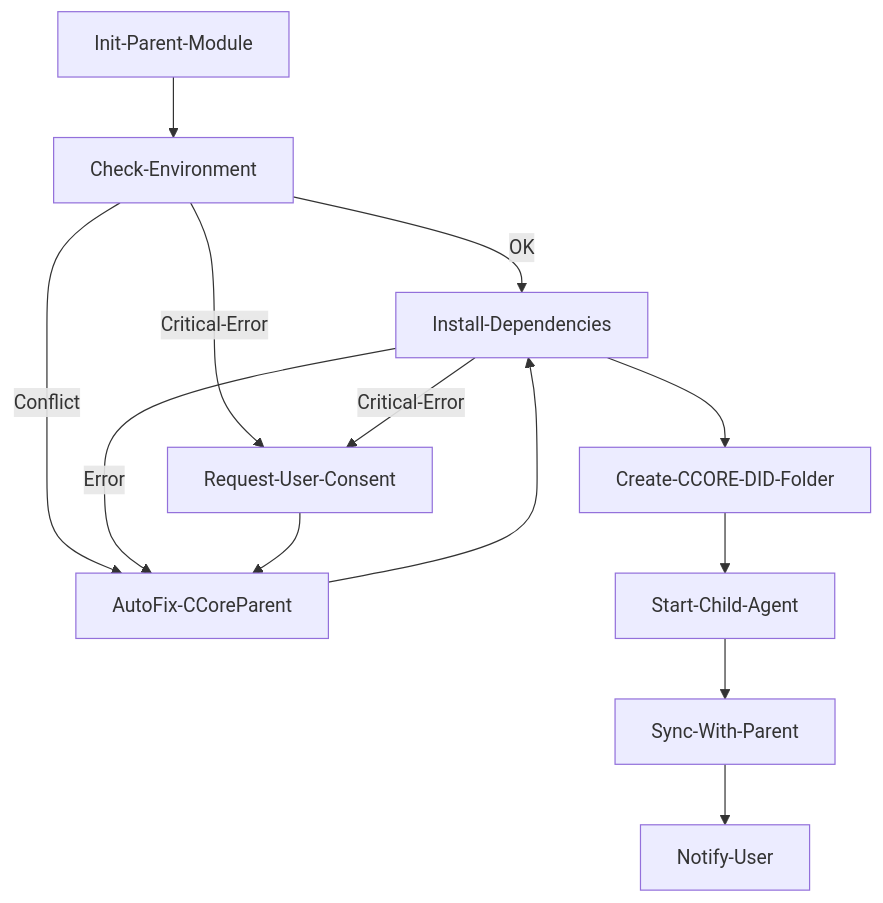
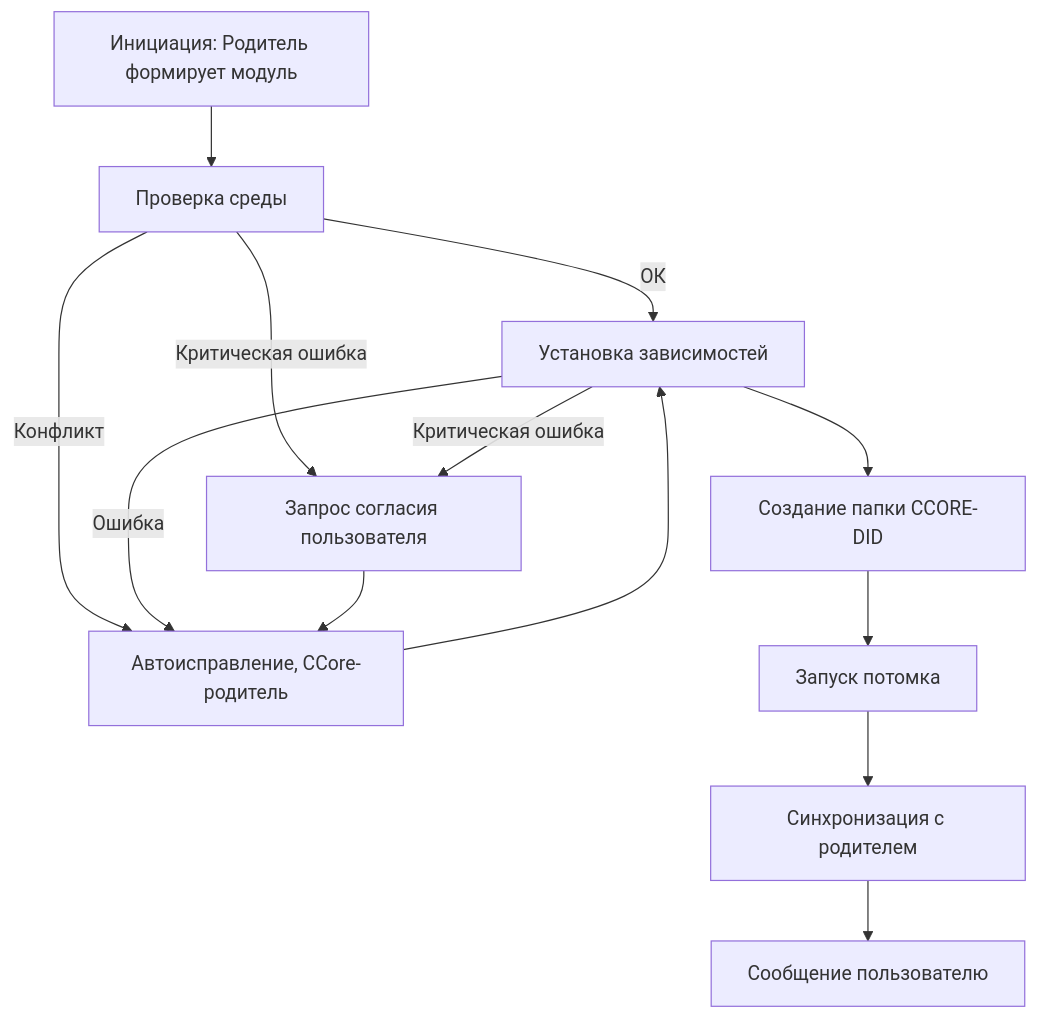
Before and after one commit to kagvi13/HMP: the diagram in docs/CCORE-Deployment-Flow.md, drawn with Mermaid. The commit also changed other lines of this file, not shown here.

````diff
--- a/docs/CCORE-Deployment-Flow.md
+++ b/docs/CCORE-Deployment-Flow.md
@@ -40,15 +40,15 @@
 ```mermaid
 flowchart TD
-    A[Init-Parent-Module] --> B[Check-Environment]
-    B -->|OK| C[Install-Dependencies]
-    B -->|Conflict| D[AutoFix-CCoreParent]
+    A[Инициация: Родитель формирует модуль] --> B[Проверка среды]
+    B -->|ОК| C[Установка зависимостей]
+    B -->|Конфликт| D[Автоисправление, CCore-родитель]
     D --> C
-    C --> E[Create-CCORE-DID-Folder]
-    C -->|Error| D
-    E --> F[Start-Child-Agent]
-    F --> G[Sync-With-Parent]
-    G --> H[Notify-User]
-    B -->|Critical-Error| U[Request-User-Consent]
-    C -->|Critical-Error| U
+    C --> E[Создание папки CCORE-DID]
+    C -->|Ошибка| D
+    E --> F[Запуск потомка]
+    F --> G[Синхронизация с родителем]
+    G --> H[Сообщение пользователю]
+    B -->|Критическая ошибка| U[Запрос согласия пользователя]
+    C -->|Критическая ошибка| U
     U --> D
 ```
````
